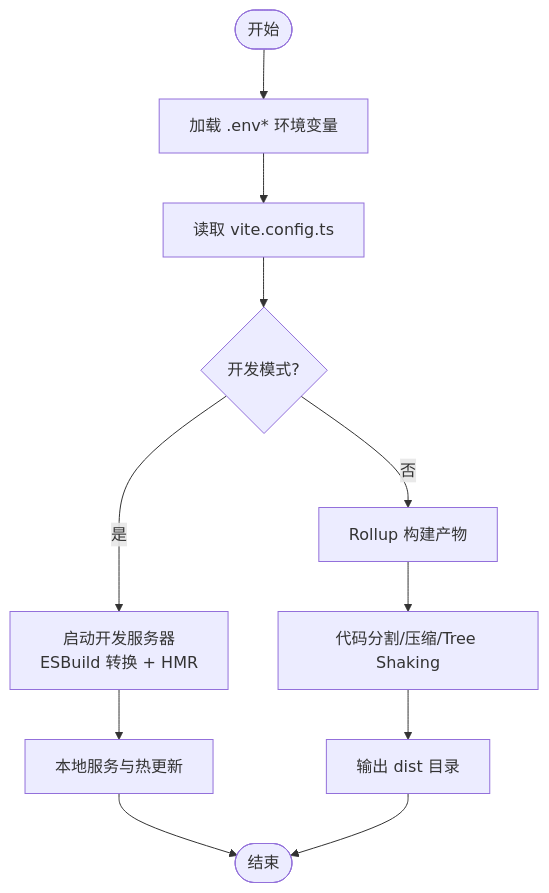
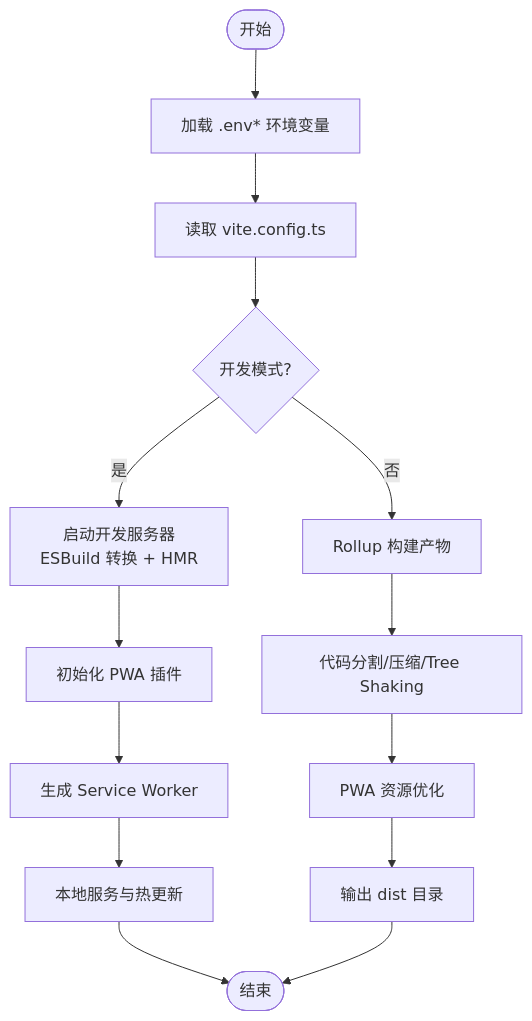
One commit to xufuyu/Lumen changed the second of 7 diagrams in .qoder/repowiki/zh/content/系统架构/前端架构设计/构建配置优化.md. Above: the diagram before and after it, drawn with Mermaid. The commit also changed other lines of this file and 36 other files, not shown here.

````diff
--- a/.qoder/repowiki/zh/content/系统架构/前端架构设计/构建配置优化.md
+++ b/.qoder/repowiki/zh/content/系统架构/前端架构设计/构建配置优化.md
@@ -95,13 +115,16 @@
 ```mermaid
 flowchart TD
 Start(["开始"]) --> LoadEnv["加载 .env* 环境变量"]
 LoadEnv --> ReadConfig["读取 vite.config.ts"]
 ReadConfig --> DevServer{"开发模式?"}
 DevServer --> |是| DevHMR["启动开发服务器<br/>ESBuild 转换 + HMR"]
 DevServer --> |否| BuildProd["Rollup 构建产物"]
-DevHMR --> Serve["本地服务与热更新"]
+DevHMR --> PWAInit["初始化 PWA 插件"]
+PWAInit --> GenerateSW["生成 Service Worker"]
+GenerateSW --> Serve["本地服务与热更新"]
 BuildProd --> Optimize["代码分割/压缩/Tree Shaking"]
-Optimize --> Output["输出 dist 目录"]
+Optimize --> PWABuild["PWA 资源优化"]
+PWABuild --> Output["输出 dist 目录"]
 Serve --> End(["结束"])
 Output --> End
 ```
````
